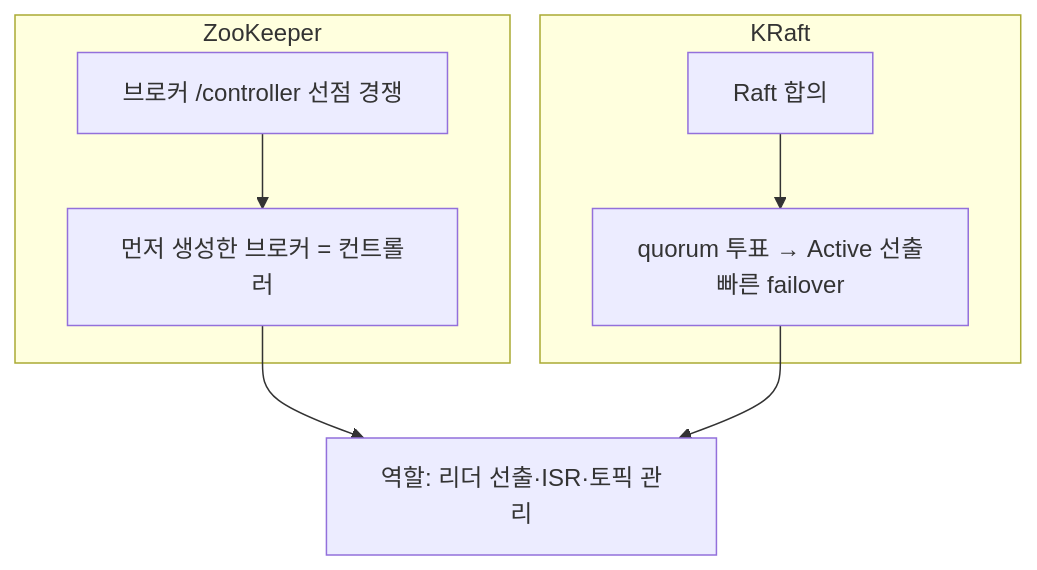
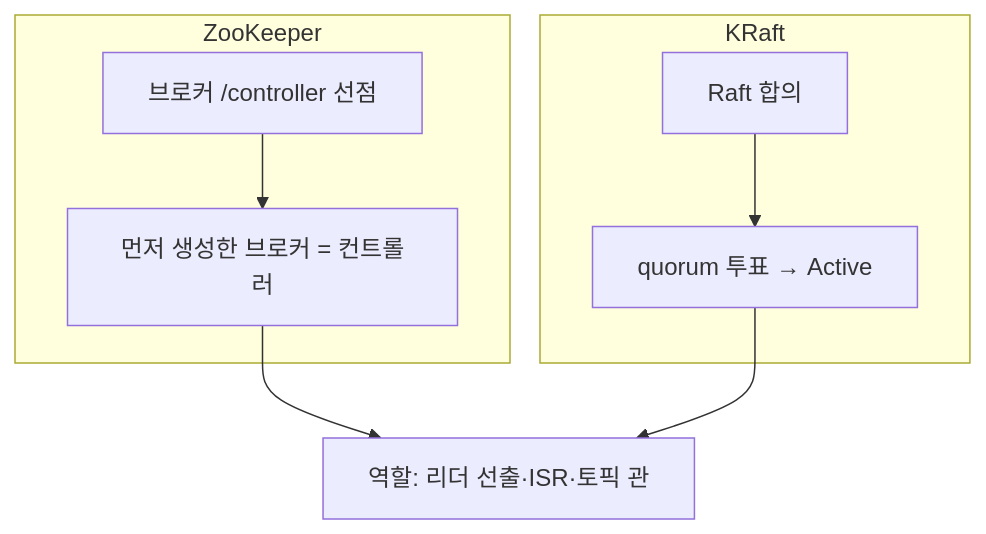
One commit to yjkim2015/yjkim2015.github.io changed diagram 18 of 21 in _posts/kafka/2026-05-01-kafka-internals.md. Above: the diagram before and after it, drawn with Mermaid. The commit also changed other lines of this file and 271 other files, not shown here.

First line of the commit message:
Mermaid 라벨 축소: 긴 노드 텍스트 18자 이하로 트림 + \n 제거

````diff
--- a/_posts/kafka/2026-05-01-kafka-internals.md
+++ b/_posts/kafka/2026-05-01-kafka-internals.md
@@ -542,10 +542,10 @@
 ```mermaid
 graph TD
     subgraph zk["ZooKeeper"]
-        ZKA["브로커 /controller 선점 경쟁"] --> ZKB["먼저 생성한 브로커 = 컨트롤러"]
+        ZKA["브로커 /controller 선점"] --> ZKB["먼저 생성한 브로커 = 컨트롤러"]
     end
     subgraph kraft["KRaft"]
-        KRA["Raft 합의"] --> KRB["quorum 투표 → Active 선출\n빠른 failover"]
+        KRA["Raft 합의"] --> KRB["quorum 투표 → Active"]
     end
-    ZKB & KRB --> DUTIES["역할: 리더 선출·ISR·토픽 관리"]
+    ZKB & KRB --> DUTIES["역할: 리더 선출·ISR·토픽 관"]
 ```
````
